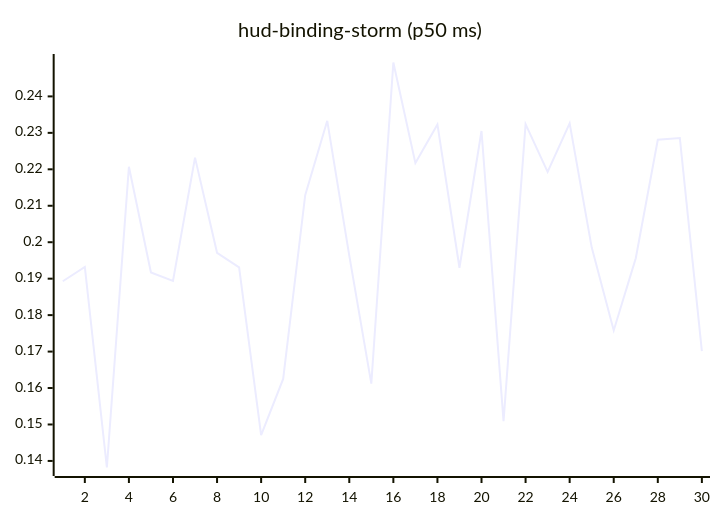
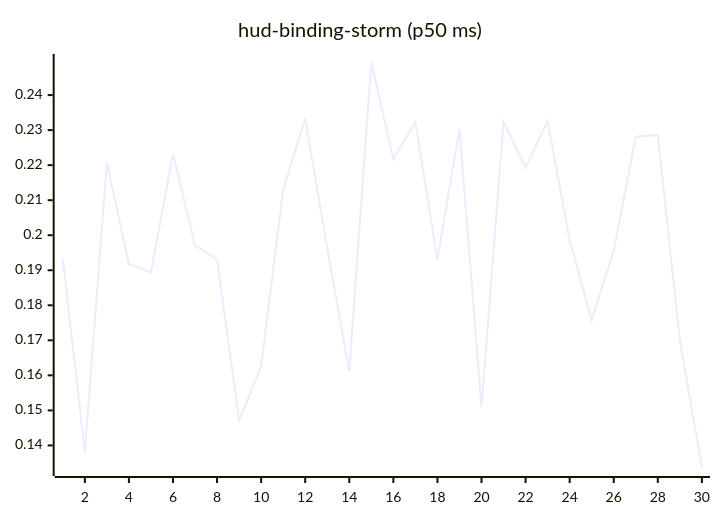
The tenth of 27 diagrams in README.md (josha/Facet), drawn with Mermaid before and after one commit. The commit also changed other lines of this file and 2 other files, not shown here.

````diff
--- a/README.md
+++ b/README.md
@@ -126,6 +126,6 @@
 ```mermaid
 xychart-beta
     title "hud-binding-storm (p50 ms)"
     x-axis 1 --> 30
-    line [0.1893, 0.1932, 0.1382, 0.2207, 0.1917, 0.1894, 0.2232, 0.1971, 0.1931, 0.1471, 0.1625, 0.2129, 0.2333, 0.1963, 0.1612, 0.2493, 0.2217, 0.2323, 0.1930, 0.2305, 0.1509, 0.2324, 0.2193, 0.2326, 0.1986, 0.1758, 0.1956, 0.2281, 0.2286, 0.1701]
+    line [0.1932, 0.1382, 0.2207, 0.1917, 0.1894, 0.2232, 0.1971, 0.1931, 0.1471, 0.1625, 0.2129, 0.2333, 0.1963, 0.1612, 0.2493, 0.2217, 0.2323, 0.1930, 0.2305, 0.1509, 0.2324, 0.2193, 0.2326, 0.1986, 0.1758, 0.1956, 0.2281, 0.2286, 0.1701, 0.1337]
 ```
````
